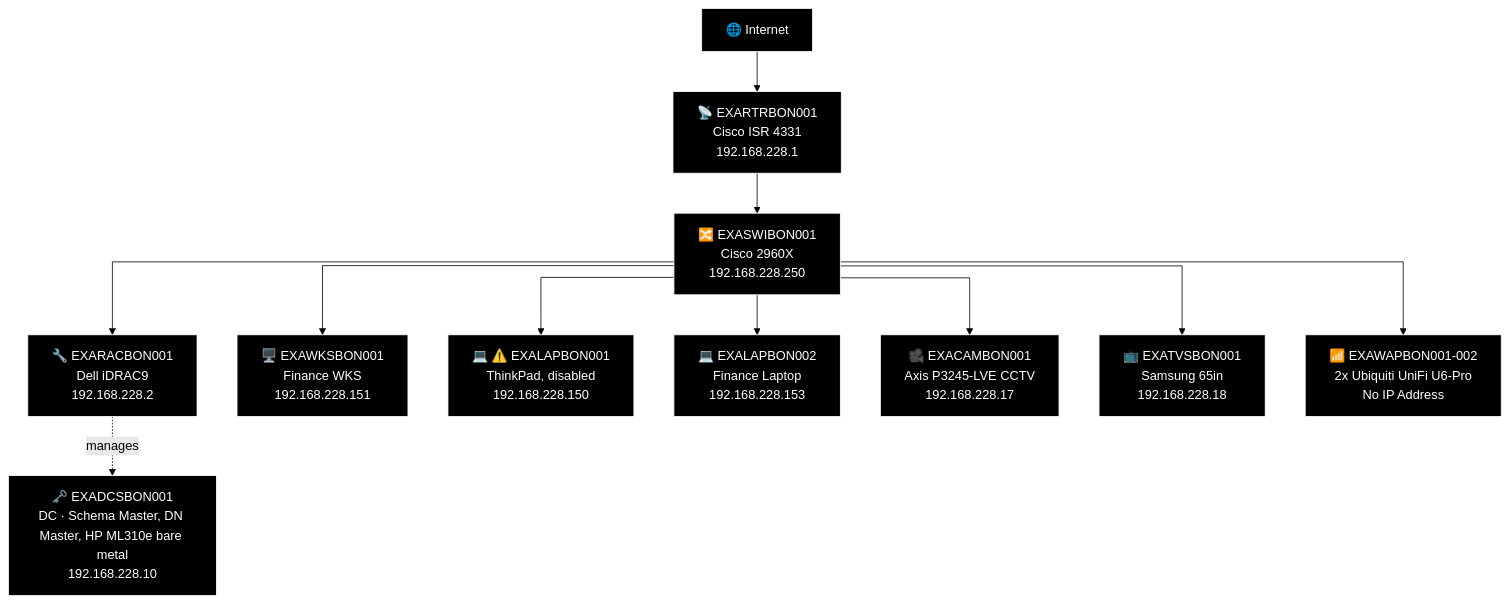
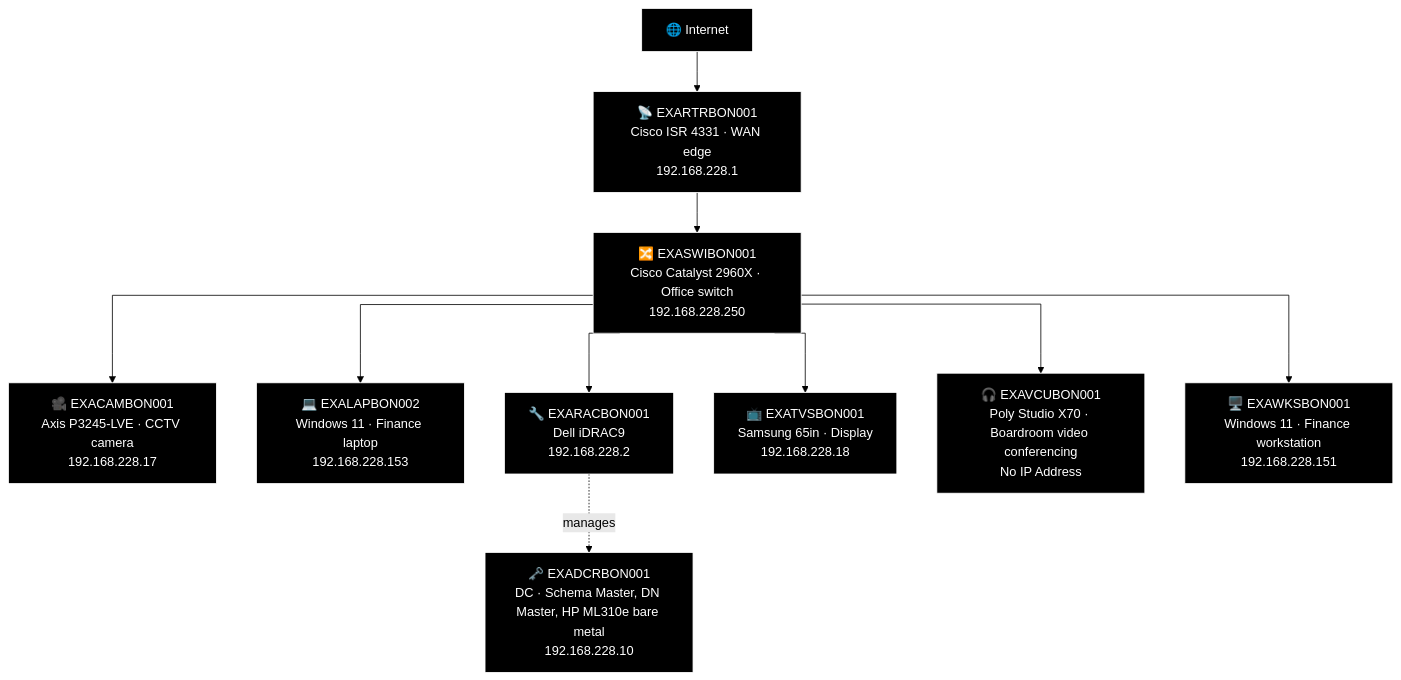
One commit to knightmare2600/example_music_infra changed the first of 13 diagrams in docs/network-diagram/deutschland.md. Above: the diagram before and after it, drawn with Mermaid (forest theme). The commit also changed other lines of this file and 8 other files, not shown here.

````diff
--- a/docs/network-diagram/deutschland.md
+++ b/docs/network-diagram/deutschland.md
@@ -27,39 +27,36 @@
 ```mermaid
+%% GENERATED:OLDNETWORK:BON:START
 %%{init: {'flowchart': {'curve': 'stepAfter'}}}%%
 graph TD
     O_INET["🌐 Internet"]
-    O_RTR["📡 EXARTRBON001<br/>Cisco ISR 4331<br/>192.168.228.1"]
+    O_RTR["📡 EXARTRBON001<br/>Cisco ISR 4331 · WAN edge<br/>192.168.228.1"]
+    O_SWI["🔀 EXASWIBON001<br/>Cisco Catalyst 2960X · Office switch<br/>192.168.228.250"]
+    O_CAM["🎥 EXACAMBON001<br/>Axis P3245-LVE · CCTV camera<br/>192.168.228.17"]
+    O_DCR["🗝️ EXADCRBON001<br/>DC · Schema Master, DN Master, HP ML310e bare metal<br/>192.168.228.10"]
+    O_LAP["💻 EXALAPBON002<br/>Windows 11 · Finance laptop<br/>192.168.228.153"]
+    O_RAC["🔧 EXARACBON001<br/>Dell iDRAC9<br/>192.168.228.2"]
+    O_TVS["📺 EXATVSBON001<br/>Samsung 65in · Display<br/>192.168.228.18"]
+    O_VCU["🎧 EXAVCUBON001<br/>Poly Studio X70 · Boardroom video conferencing<br/>No IP Address"]
+    O_WKS["🖥️ EXAWKSBON001<br/>Windows 11 · Finance workstation<br/>192.168.228.151"]
     O_INET --> O_RTR
-    O_SW["🔀 EXASWIBON001<br/>Cisco 2960X<br/>192.168.228.250"]
-    O_RTR --> O_SW
-
-    O_RAC["🔧 EXARACBON001<br/>Dell iDRAC9<br/>192.168.228.2"]
-    O_DC["🗝️ EXADCSBON001<br/>DC · Schema Master, DN Master, HP ML310e bare metal<br/>192.168.228.10"]
-    O_SW --> O_RAC
-    O_RAC -.->|"manages"| O_DC
-
-    O_WKS["🖥️ EXAWKSBON001<br/>Finance WKS<br/>192.168.228.151"]
-    O_LAP1["💻 ⚠️ EXALAPBON001<br/>ThinkPad, disabled<br/>192.168.228.150"]
-    O_LAP2["💻 EXALAPBON002<br/>Finance Laptop<br/>192.168.228.153"]
-    O_CAM["🎥 EXACAMBON001<br/>Axis P3245-LVE CCTV<br/>192.168.228.17"]
-    O_TV["📺 EXATVSBON001<br/>Samsung 65in<br/>192.168.228.18"]
-    O_WAP["📶 EXAWAPBON001-002<br/>2x Ubiquiti UniFi U6-Pro<br/>No IP Address"]
-    O_SW --> O_WKS
-    O_SW --> O_LAP1
-    O_SW --> O_LAP2
-    O_SW --> O_CAM
-    O_SW --> O_TV
-    O_SW --> O_WAP
+    O_RTR --> O_SWI
+    O_SWI --> O_CAM
+    O_SWI --> O_LAP
+    O_SWI --> O_RAC
+    O_RAC -.->|"manages"| O_DCR
+    O_SWI --> O_TVS
+    O_SWI --> O_VCU
+    O_SWI --> O_WKS
 
     style O_INET fill:#000000,stroke:#FFFFFF,color:#FFFFFF
     style O_RTR fill:#000000,stroke:#FFFFFF,color:#FFFFFF
-    style O_SW fill:#000000,stroke:#FFFFFF,color:#FFFFFF
+    style O_SWI fill:#000000,stroke:#FFFFFF,color:#FFFFFF
+    style O_CAM fill:#000000,stroke:#FFFFFF,color:#FFFFFF
+    style O_DCR fill:#000000,stroke:#FFFFFF,color:#FFFFFF
+    style O_LAP fill:#000000,stroke:#FFFFFF,color:#FFFFFF
     style O_RAC fill:#000000,stroke:#FFFFFF,color:#FFFFFF
-    style O_DC fill:#000000,stroke:#FFFFFF,color:#FFFFFF
+    style O_TVS fill:#000000,stroke:#FFFFFF,color:#FFFFFF
+    style O_VCU fill:#000000,stroke:#FFFFFF,color:#FFFFFF
     style O_WKS fill:#000000,stroke:#FFFFFF,color:#FFFFFF
-    style O_LAP1 fill:#000000,stroke:#FFFFFF,color:#FFFFFF
-    style O_LAP2 fill:#000000,stroke:#FFFFFF,color:#FFFFFF
-    style O_CAM fill:#000000,stroke:#FFFFFF,color:#FFFFFF
-    style O_TV fill:#000000,stroke:#FFFFFF,color:#FFFFFF
-    style O_WAP fill:#000000,stroke:#FFFFFF,color:#FFFFFF
+%% GENERATED:OLDNETWORK:BON:END
 ```
````
